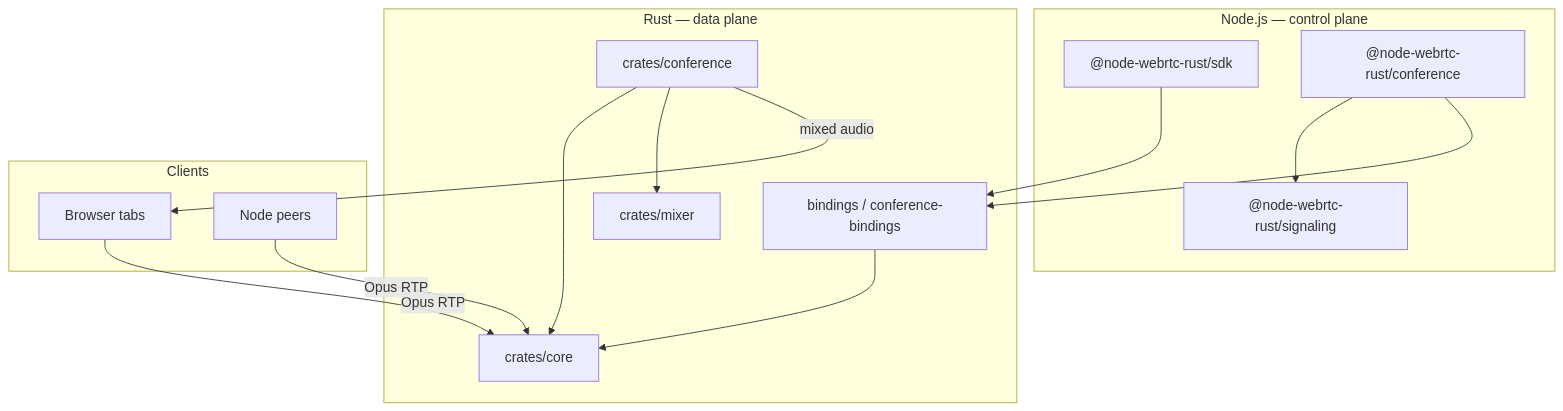
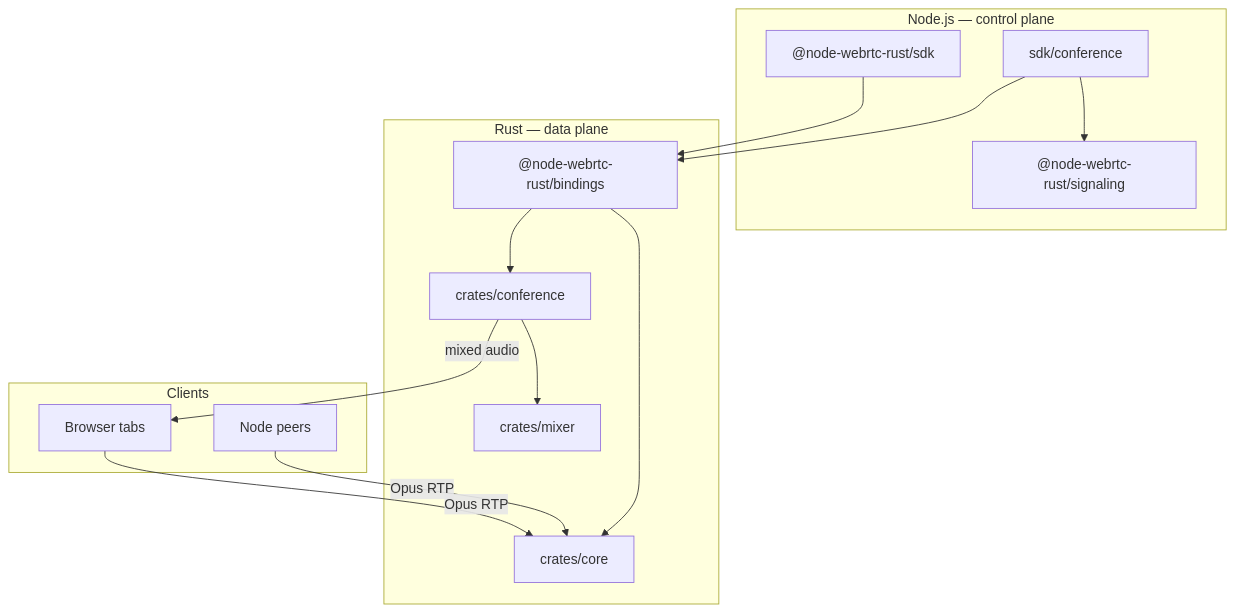
The diagram in README.md (akirilyuk/node-webrtc-rust), drawn with Mermaid before and after one commit. The commit also changed other lines of this file and 38 other files, not shown here.

First line of the commit message:
refactor(repo): merge conference packages into bindings and sdk

````diff
--- a/README.md
+++ b/README.md
@@ -68,30 +68,30 @@
 ```mermaid
 flowchart TB
   subgraph node [Node.js — control plane]
     SDK["@node-webrtc-rust/sdk"]
-    Conf["@node-webrtc-rust/conference"]
+    SDKConf["sdk/conference"]
     Sig["@node-webrtc-rust/signaling"]
-    Conf --> Sig
+    SDKConf --> Sig
   end
 
   subgraph native [Rust — data plane]
-    Bind["bindings / conference-bindings"]
+    Bind["@node-webrtc-rust/bindings"]
     Core["crates/core"]
     Mixer["crates/mixer"]
     ConfCrate["crates/conference"]
     Bind --> Core
-    ConfCrate --> Core
+    Bind --> ConfCrate
     ConfCrate --> Mixer
   end
 
   subgraph clients [Clients]
     Browser[Browser tabs]
     NodePeer[Node peers]
   end
 
   SDK --> Bind
-  Conf --> Bind
+  SDKConf --> Bind
   Browser -->|Opus RTP| Core
   NodePeer -->|Opus RTP| Core
   ConfCrate -->|mixed audio| Browser
 ```
````
